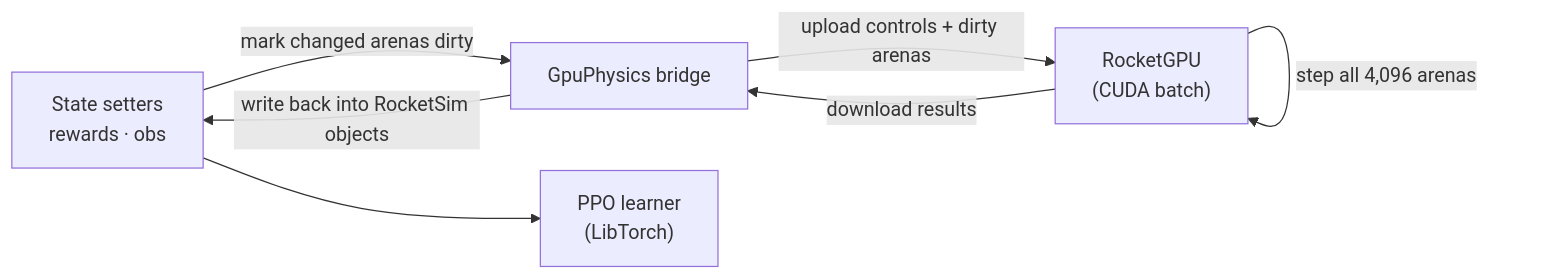
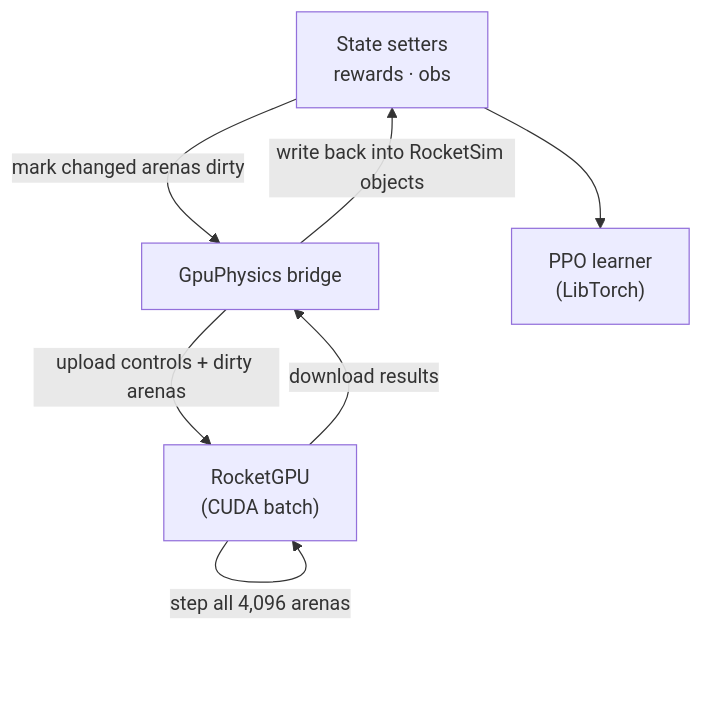
The diagram in README.md (ConnorJosephDavies/GigaLearnGPU), drawn with Mermaid before and after one commit.

Commit message:
Make the how-it-works diagram vertical

````diff
--- a/README.md
+++ b/README.md
@@ -37,9 +37,9 @@
 ```mermaid
-flowchart LR
+flowchart TB
     A["State setters<br/>rewards · obs"] -- "mark changed arenas dirty" --> B["GpuPhysics bridge"]
     B -- "upload controls + dirty arenas" --> C["RocketGPU<br/>(CUDA batch)"]
     C -- "step all 4,096 arenas" --> C
     C -- "download results" --> B
     B -- "write back into RocketSim objects" --> A
     A --> D["PPO learner<br/>(LibTorch)"]
 ```
````
